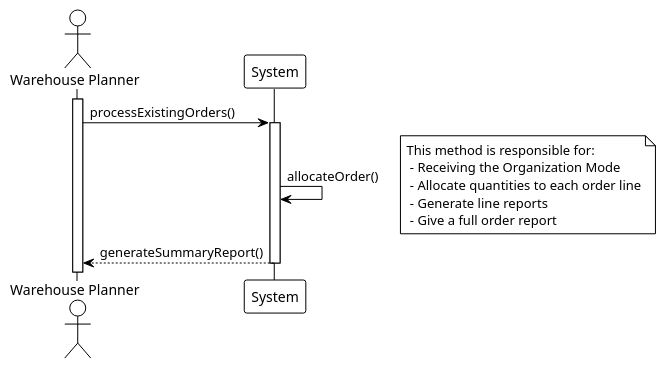
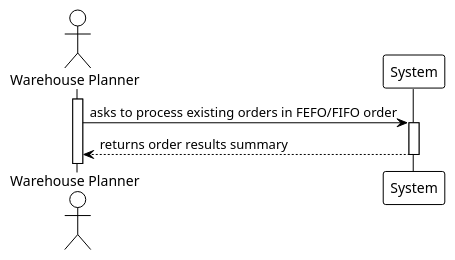
The diagram in doc/sprint-1/usei02/01.requirements-engineering/puml/USEI02-SSD.puml (ivasduarte/logistics-on-rails), drawn with PlantUML before and after one commit. The commit also changed 1 other file, not shown here.

```diff
--- a/doc/sprint-1/usei02/01.requirements-engineering/puml/USEI02-SSD.puml
+++ b/doc/sprint-1/usei02/01.requirements-engineering/puml/USEI02-SSD.puml
@@ -1,18 +1,15 @@
 @startuml
 !theme plain
 
 actor "Warehouse Planner" as plan
 participant "System" as sys
 
 activate plan
 
-plan -> sys: processExistingOrders()
+plan -> sys: asks to process existing orders in FEFO/FIFO order
 activate sys
 
-sys -> sys: allocateOrder()
-note right: This method is responsible for:\n - Receiving the Organization Mode\n - Allocate quantities to each order line\n - Generate line reports\n - Give a full order report
-
-sys --> plan: generateSummaryReport()
+sys --> plan: returns order results summary
 deactivate sys
 
 @enduml
```
